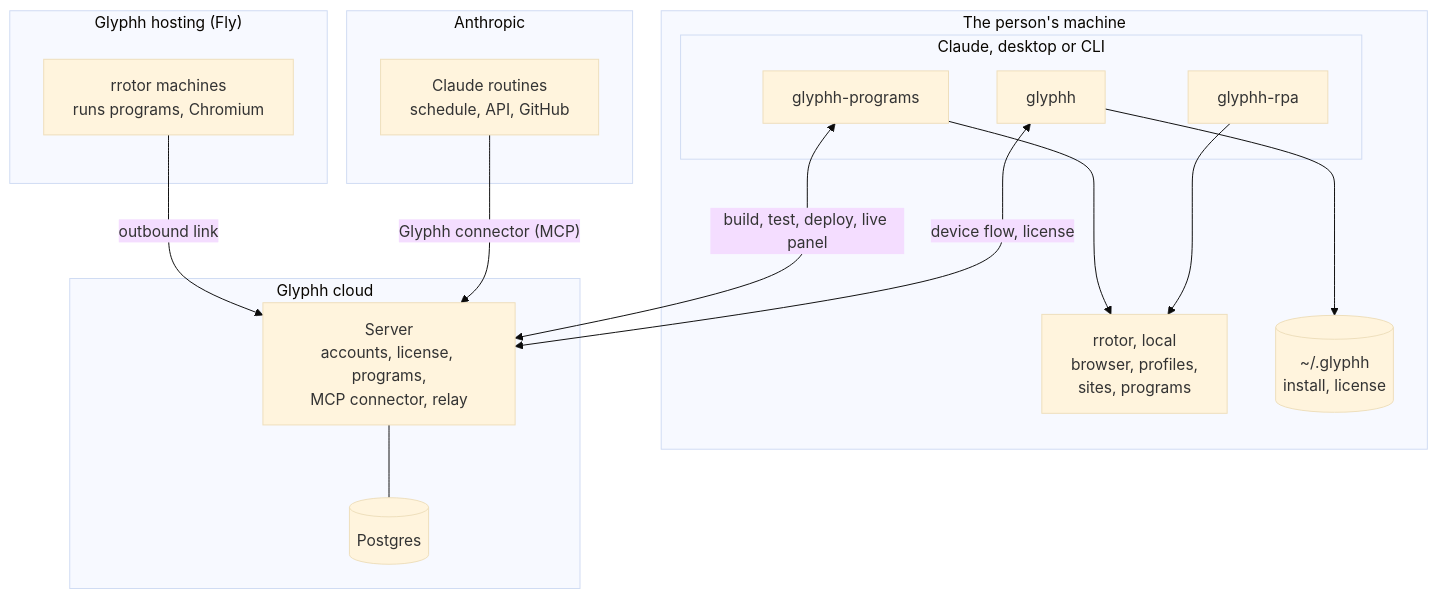
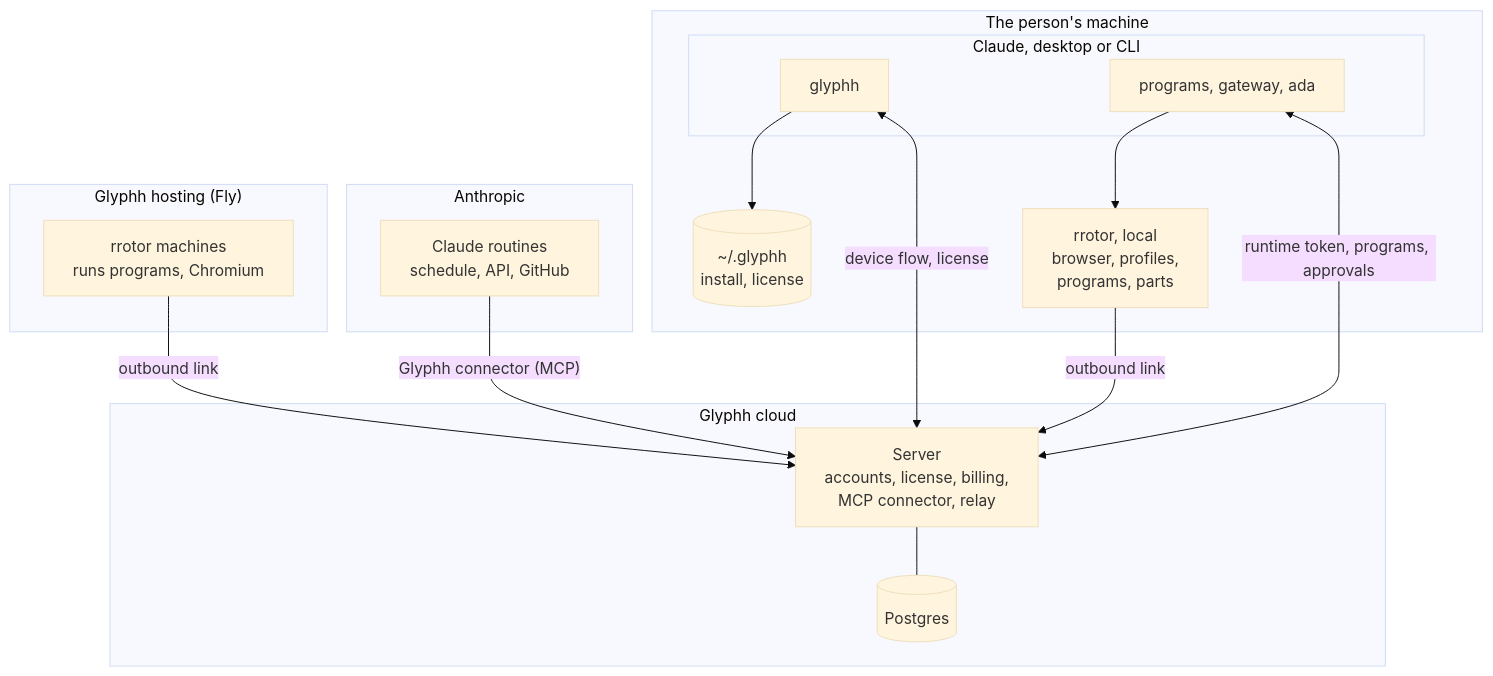
Before and after one commit to glyphh-ai/server: the first of 2 diagrams in docs/architecture.md, drawn with Mermaid (base theme). The commit also changed other lines of this file and 4 other files, not shown here.

First line of the commit message:
Architecture: one current-state doc

````diff
--- a/docs/architecture.md
+++ b/docs/architecture.md
@@ -50,34 +27,33 @@
 ```mermaid
 flowchart TB
     subgraph Machine["The person's machine"]
         subgraph Claude["Claude, desktop or CLI"]
             Base["glyphh"]
-            RPA["glyphh-rpa"]
-            PR["glyphh-programs"]
+            PR["programs, gateway, ada"]
         end
-        LocalRotor["rrotor, local<br/>browser, profiles,<br/>sites, programs"]
+        LocalRotor["rrotor, local<br/>browser, profiles,<br/>programs, parts"]
         Local[("~/.glyphh<br/>install, license")]
-        RPA --> LocalRotor
         PR --> LocalRotor
         Base --> Local
     end
 
     subgraph Anthropic["Anthropic"]
         Routine["Claude routines<br/>schedule, API, GitHub"]
     end
 
     subgraph Cloud["Glyphh cloud"]
-        API["Server<br/>accounts, license, programs,<br/>MCP connector, relay"]
+        API["Server<br/>accounts, license, billing,<br/>MCP connector, relay"]
         DB[("Postgres")]
         API --- DB
     end
 
     subgraph Fly["Glyphh hosting (Fly)"]
         Rotor["rrotor machines<br/>runs programs, Chromium"]
     end
 
     Base <-- "device flow, license" --> API
-    PR <-- "build, test, deploy, live panel" --> API
+    PR <-- "runtime token, programs, approvals" --> API
     Routine -- "Glyphh connector (MCP)" --> API
     Rotor -- "outbound link" --> API
+    LocalRotor -- "outbound link" --> API
 ```
````
